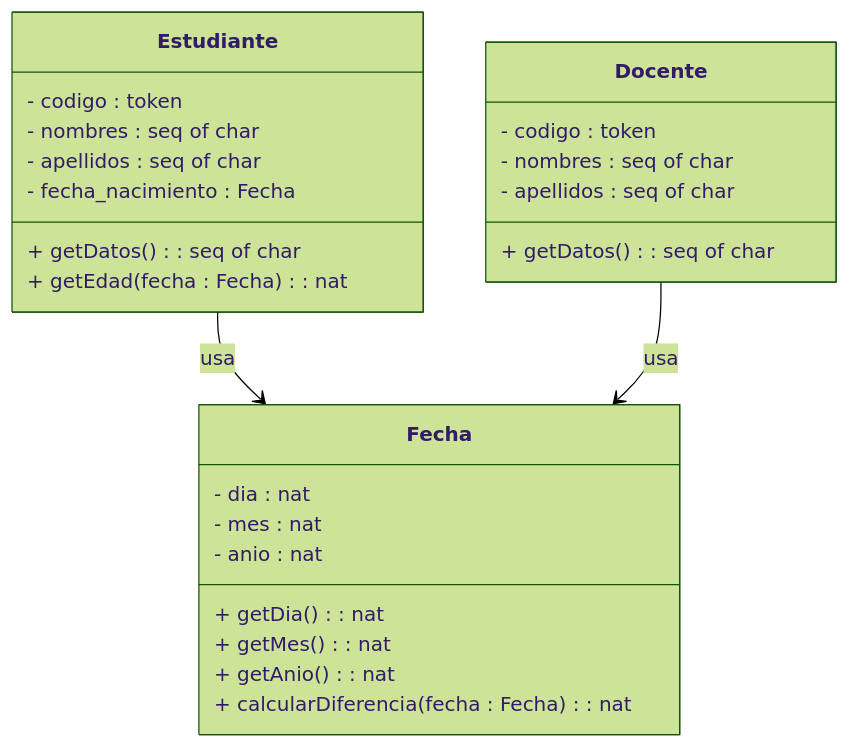
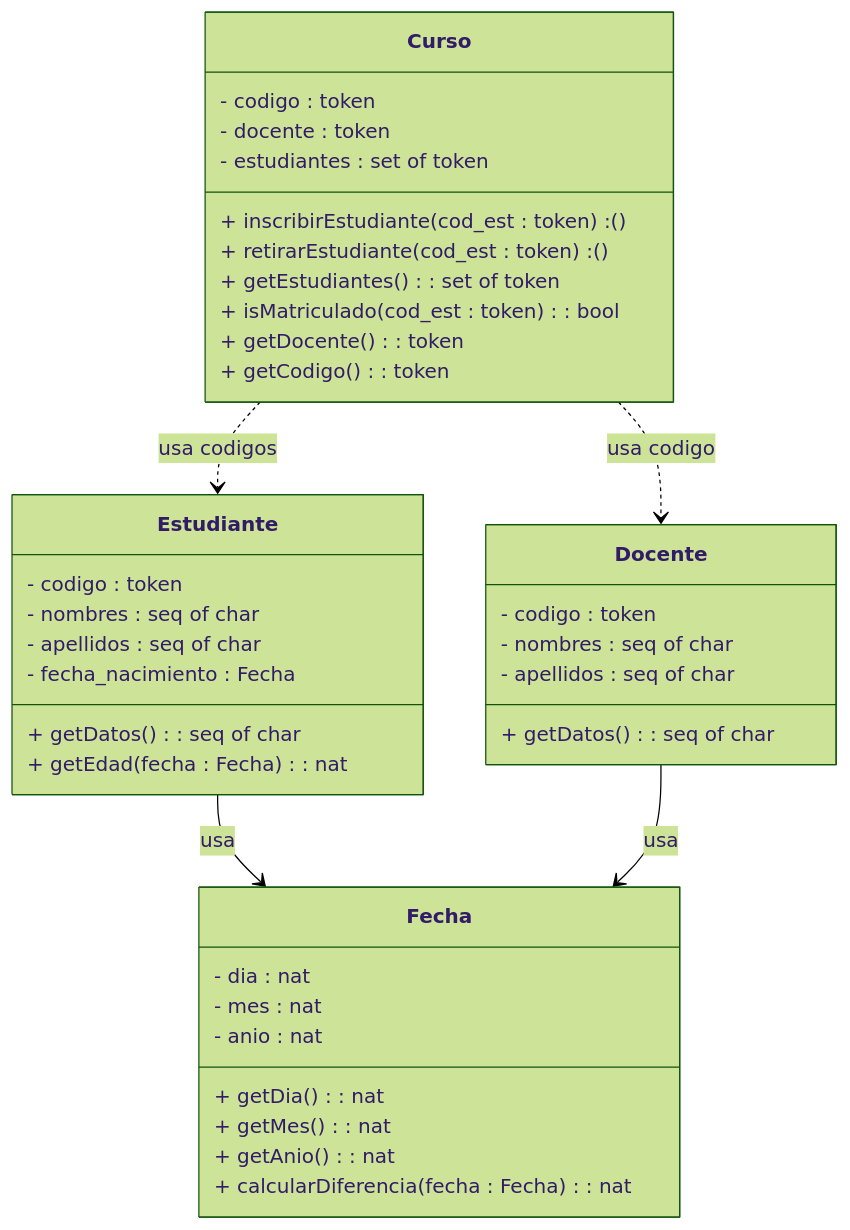
One commit to joeCuadros/Sistema_monitoreo changed the diagram in VDM++/readme.md. Above: the diagram before and after it, drawn with Mermaid (forest theme). The commit also changed 4 other files, not shown here.

````diff
--- a/VDM++/readme.md
+++ b/VDM++/readme.md
@@ -32,31 +32,45 @@
 ```mermaid
 classDiagram
 class Fecha {
     - dia : nat
     - mes : nat
     - anio : nat
     + getDia() : nat
     + getMes() : nat
     + getAnio() : nat
     + calcularDiferencia(fecha : Fecha) : nat
 }
 
 class Estudiante {
     - codigo : token
     - nombres : seq of char
     - apellidos : seq of char
     - fecha_nacimiento : Fecha
     + getDatos() : seq of char
     + getEdad(fecha : Fecha) : nat
 }
 
 class Docente {
     - codigo : token
     - nombres : seq of char
     - apellidos : seq of char
     + getDatos() : seq of char
 }
 
+class Curso {
+    - codigo : token
+    - docente : token
+    - estudiantes : set of token
+    + inscribirEstudiante(cod_est : token) : ()
+    + retirarEstudiante(cod_est : token) : ()
+    + getEstudiantes() : set of token
+    + isMatriculado(cod_est : token) : bool
+    + getDocente() : token
+    + getCodigo() : token
+}
+
 Estudiante --> Fecha : usa
 Docente --> Fecha : usa
+Curso ..> Estudiante : usa codigos
+Curso ..> Docente : usa codigo
 ```
````
